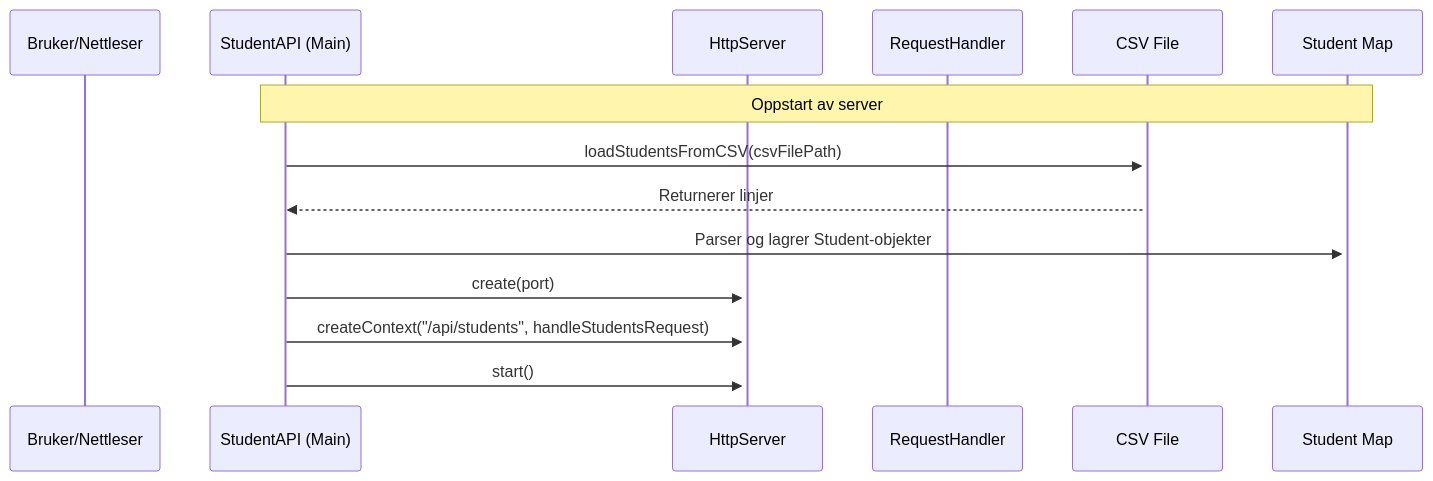
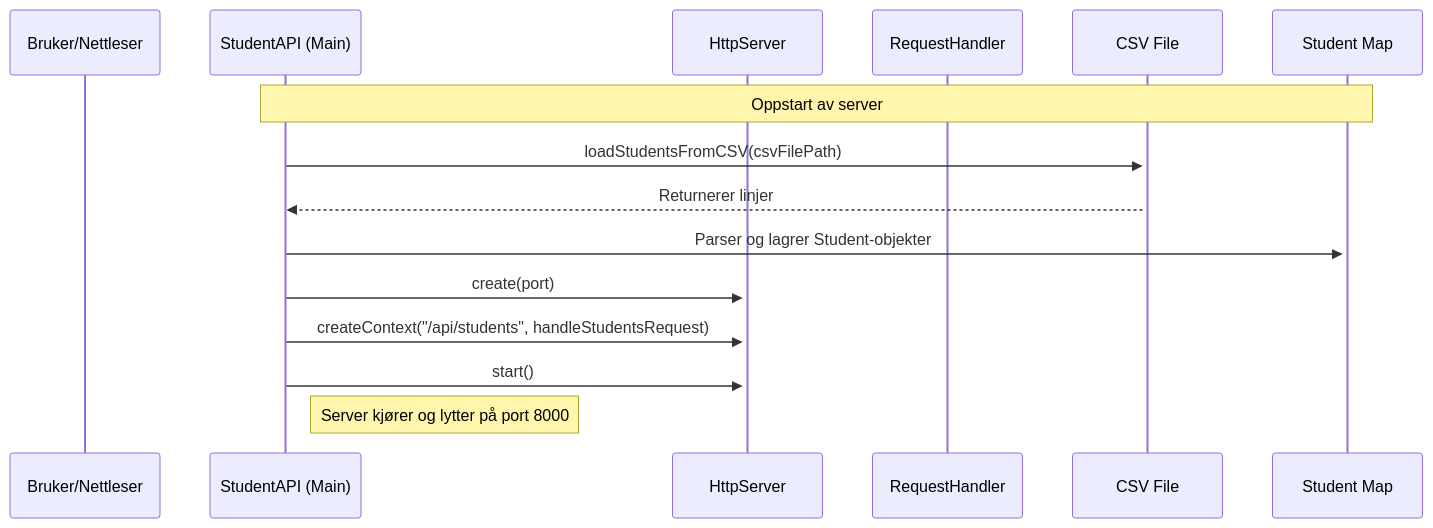
One commit to digitnow/data1500-lecture-02 changed the diagram in seqdiagr/test-mermaid.md. Above: the diagram before and after it, drawn with Mermaid.

Commit message:
testing 10

````diff
--- a/seqdiagr/test-mermaid.md
+++ b/seqdiagr/test-mermaid.md
@@ -3,17 +3,18 @@
 ```mermaid
 sequenceDiagram
     participant User as Bruker/Nettleser
     participant Main as StudentAPI (Main)
     participant Server as HttpServer
     participant Handler as RequestHandler
     participant CSV as CSV File
     participant Map as Student Map
 
     Note over Main, Map: Oppstart av server
     Main->>+CSV: loadStudentsFromCSV(csvFilePath)
     CSV-->>Main: Returnerer linjer
     Main->>+Map: Parser og lagrer Student-objekter
     Main->>+Server: create(port)
     Main->>Server: createContext("/api/students", handleStudentsRequest)
     Main->>Server: start()
+    Note right of Main: Server kjører og lytter på port 8000
 ```
````
